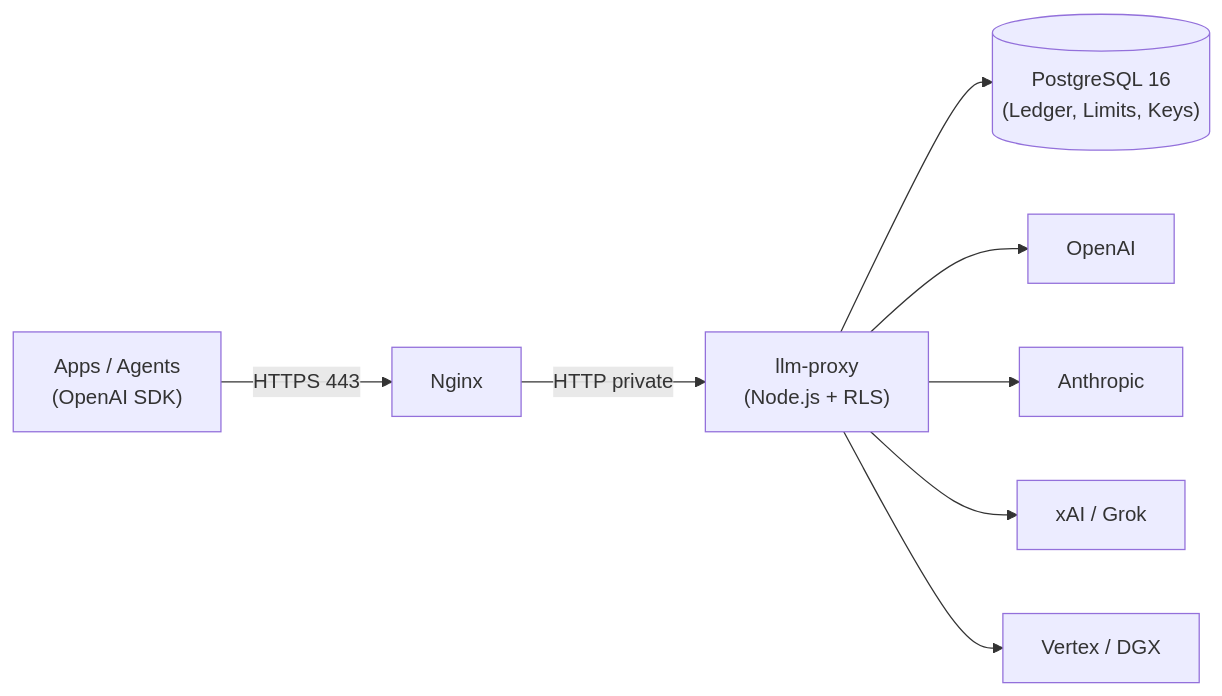
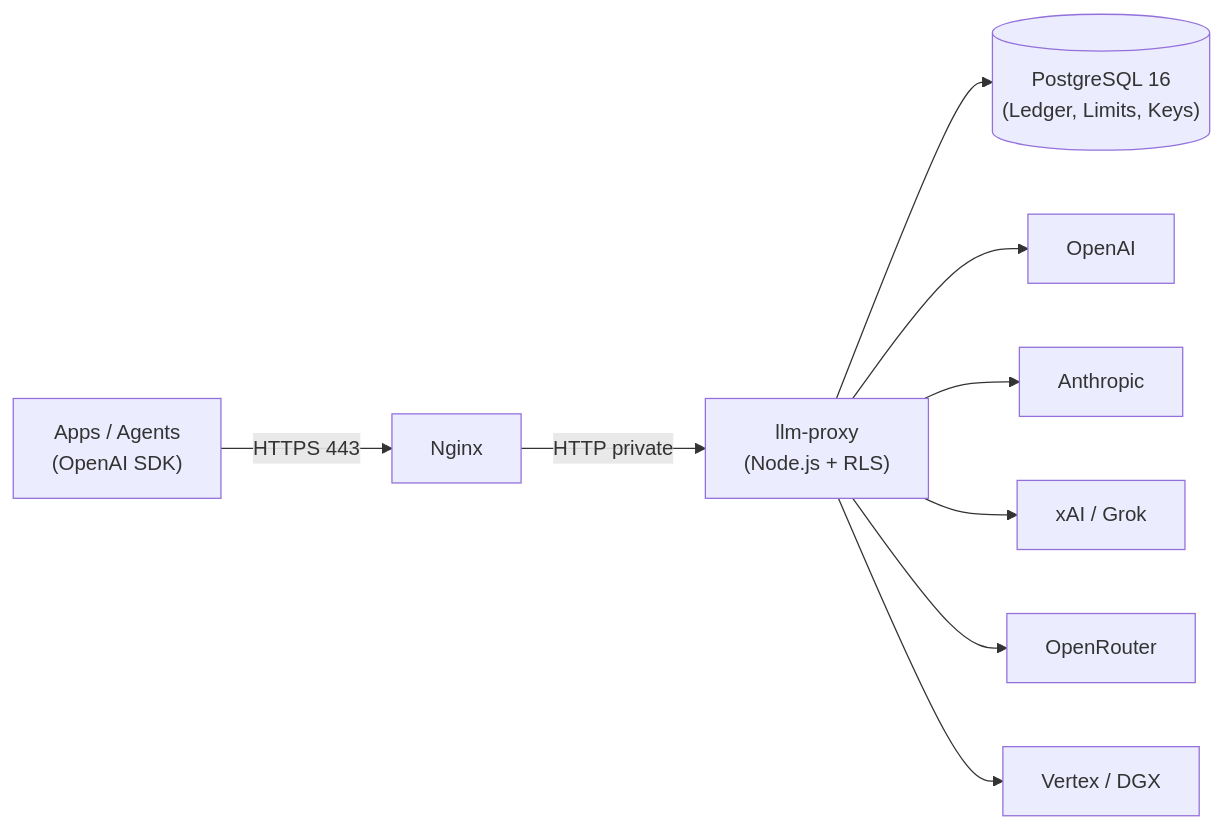
The diagram in README.md (niranta-life/llm-proxy), drawn with Mermaid before and after one commit. The commit also changed other lines of this file and 30 other files, not shown here.

First line of the commit message:
Accept function tools on Anthropic, Vertex, xAI, and OpenRouter.

````diff
--- a/README.md
+++ b/README.md
@@ -33,10 +33,11 @@
 ```mermaid
 flowchart LR
     A["Apps / Agents<br/>(OpenAI SDK)"] -->|"HTTPS 443"| N["Nginx"]
     N -->|"HTTP private"| B["llm-proxy<br/>(Node.js + RLS)"]
     B --> C[("PostgreSQL 16<br/>(Ledger, Limits, Keys)")]
     B --> D["OpenAI"]
     B --> E["Anthropic"]
     B --> F["xAI / Grok"]
+    B --> H["OpenRouter"]
     B --> G["Vertex / DGX"]
 ```
````
